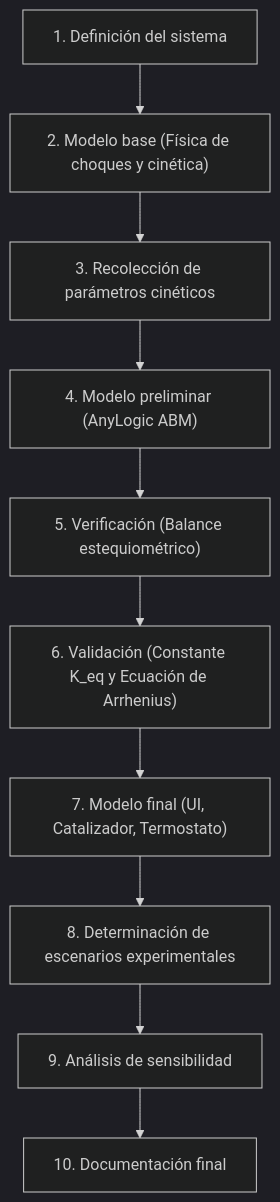
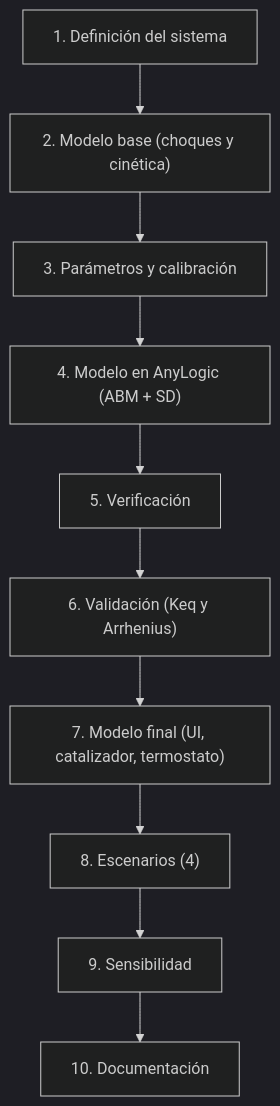
One commit to Salograma/Simulaci-nUTN changed the diagram in Simulacion TPI/Quimica_Cinetica/readme.md. Above: the diagram before and after it, drawn with Mermaid (dark theme). The commit also changed other lines of this file and 10 other files, not shown here.

````diff
--- a/Simulacion TPI/Quimica_Cinetica/readme.md
+++ b/Simulacion TPI/Quimica_Cinetica/readme.md
@@ -83,12 +73,12 @@
 ```mermaid
 flowchart TD
-    S1["1. Definición del sistema"] --> S2["2. Modelo base (Física de choques y cinética)"]
-    S2 --> S3["3. Recolección de parámetros cinéticos"]
-    S3 --> S4["4. Modelo preliminar (AnyLogic ABM)"]
-    S4 --> S5["5. Verificación (Balance estequiométrico)"]
-    S5 --> S6["6. Validación (Constante K_eq y Ecuación de Arrhenius)"]
-    S6 --> S7["7. Modelo final (UI, Catalizador, Termostato)"]
-    S7 --> S8["8. Determinación de escenarios experimentales"]
-    S8 --> S9["9. Análisis de sensibilidad"]
-    S9 --> S10["10. Documentación final"]
+    S1["1. Definición del sistema"] --> S2["2. Modelo base (choques y cinética)"]
+    S2 --> S3["3. Parámetros y calibración"]
+    S3 --> S4["4. Modelo en AnyLogic (ABM + SD)"]
+    S4 --> S5["5. Verificación"]
+    S5 --> S6["6. Validación (Keq y Arrhenius)"]
+    S6 --> S7["7. Modelo final (UI, catalizador, termostato)"]
+    S7 --> S8["8. Escenarios (4)"]
+    S8 --> S9["9. Sensibilidad"]
+    S9 --> S10["10. Documentación"]
 ```
````
